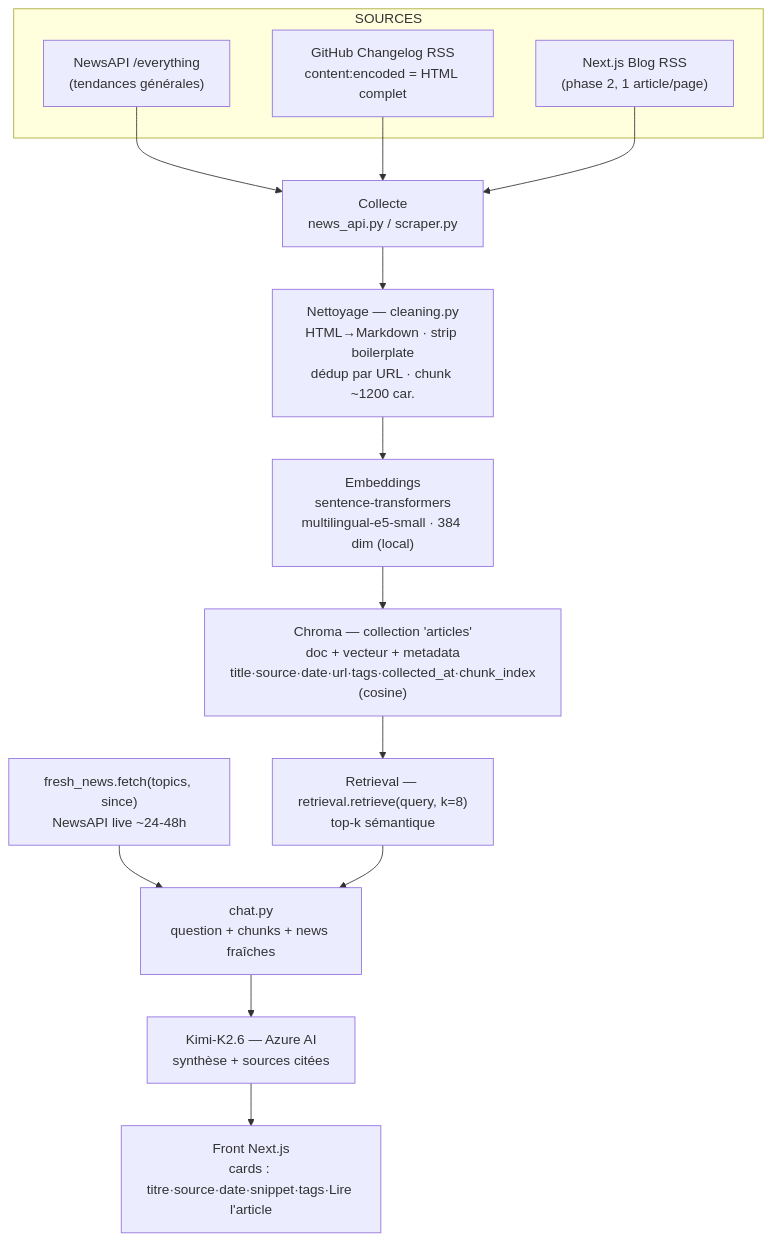
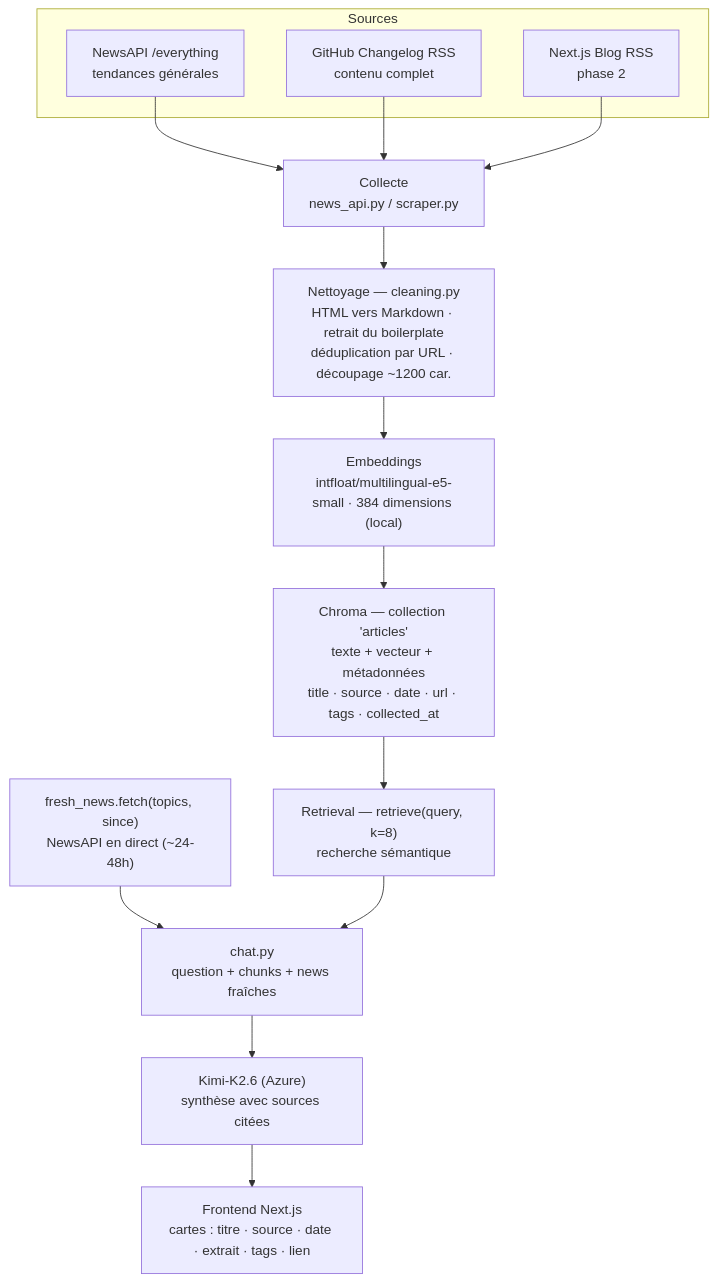
One commit to Ganda15/assistant-veille-tech changed the diagram in docs/note-conception.md. Above: the diagram before and after it, drawn with Mermaid. The commit also changed other lines of this file and 3 other files, not shown here.

First line of the commit message:
docs: add schema de flux, note de conception finalisée et schéma SVG

````diff
--- a/docs/note-conception.md
+++ b/docs/note-conception.md
@@ -118,23 +73,23 @@
 ```mermaid
 flowchart TD
-    subgraph SRC["SOURCES"]
-        A["NewsAPI /everything<br/>(tendances générales)"]
-        B["GitHub Changelog RSS<br/>content:encoded = HTML complet"]
-        C["Next.js Blog RSS<br/>(phase 2, 1 article/page)"]
+    subgraph SRC["Sources"]
+        A["NewsAPI /everything<br/>tendances générales"]
+        B["GitHub Changelog RSS<br/>contenu complet"]
+        C["Next.js Blog RSS<br/>phase 2"]
     end
 
     A --> ING["Collecte<br/>news_api.py / scraper.py"]
     B --> ING
     C --> ING
 
-    ING --> CL["Nettoyage — cleaning.py<br/>HTML→Markdown · strip boilerplate<br/>dédup par URL · chunk ~1200 car."]
-    CL --> EMB["Embeddings<br/>sentence-transformers<br/>multilingual-e5-small · 384 dim (local)"]
-    EMB --> CH["Chroma — collection 'articles'<br/>doc + vecteur + metadata<br/>title·source·date·url·tags·collected_at·chunk_index<br/>(cosine)"]
+    ING --> CL["Nettoyage — cleaning.py<br/>HTML vers Markdown · retrait du boilerplate<br/>déduplication par URL · découpage ~1200 car."]
+    CL --> EMB["Embeddings<br/>intfloat/multilingual-e5-small · 384 dimensions (local)"]
+    EMB --> CH["Chroma — collection 'articles'<br/>texte + vecteur + métadonnées<br/>title · source · date · url · tags · collected_at"]
 
-    CH --> RET["Retrieval — retrieval.retrieve(query, k=8)<br/>top-k sémantique"]
-    NEWS["fresh_news.fetch(topics, since)<br/>NewsAPI live ~24-48h"] --> CHAT
+    CH --> RET["Retrieval — retrieve(query, k=8)<br/>recherche sémantique"]
+    NEWS["fresh_news.fetch(topics, since)<br/>NewsAPI en direct (~24-48h)"] --> CHAT
 
     RET --> CHAT["chat.py<br/>question + chunks + news fraîches"]
-    CHAT --> LLM["Kimi-K2.6 — Azure AI<br/>synthèse + sources citées"]
-    LLM --> UI["Front Next.js<br/>cards : titre·source·date·snippet·tags·Lire l'article"]
+    CHAT --> LLM["Kimi-K2.6 (Azure)<br/>synthèse avec sources citées"]
+    LLM --> UI["Frontend Next.js<br/>cartes : titre · source · date · extrait · tags · lien"]
 ```
````
